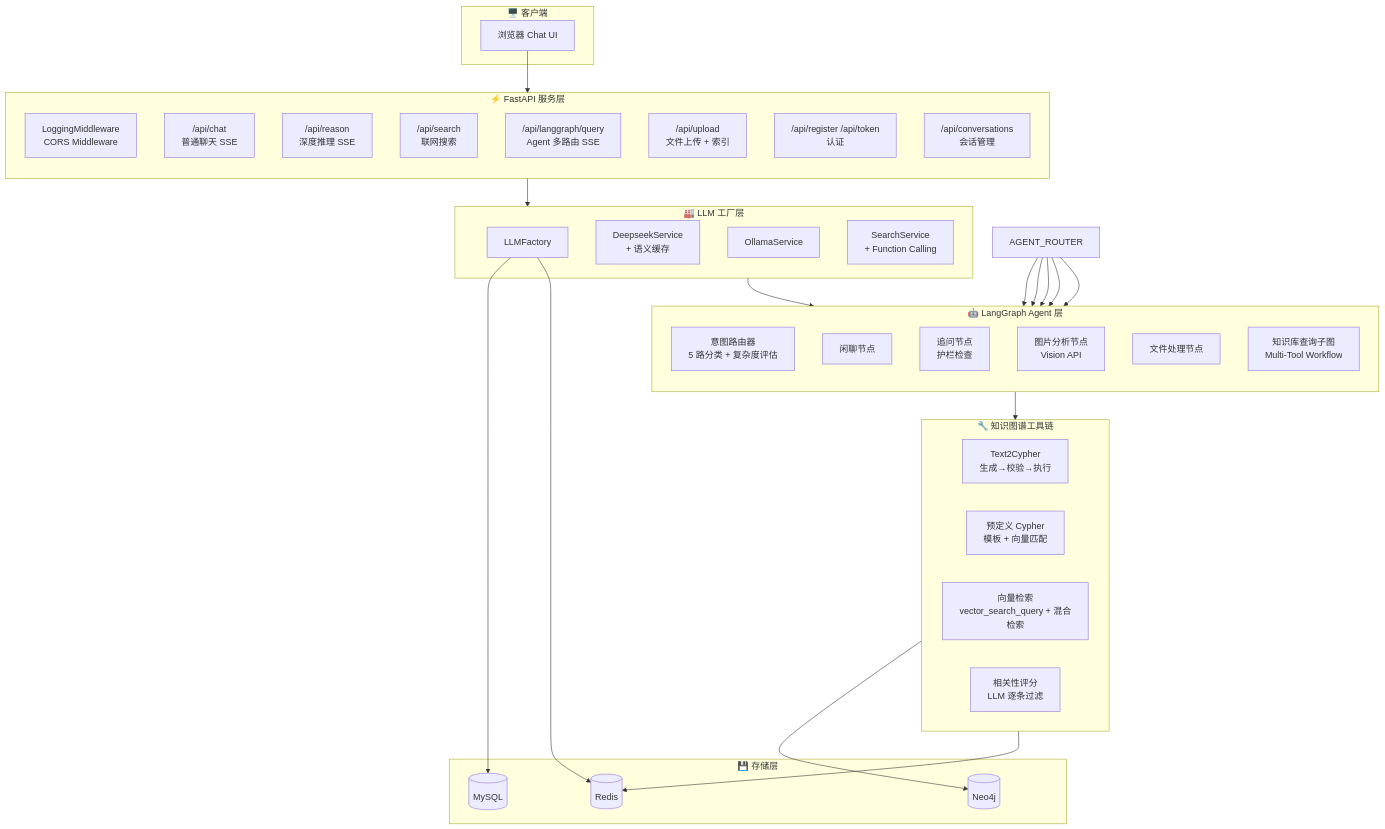
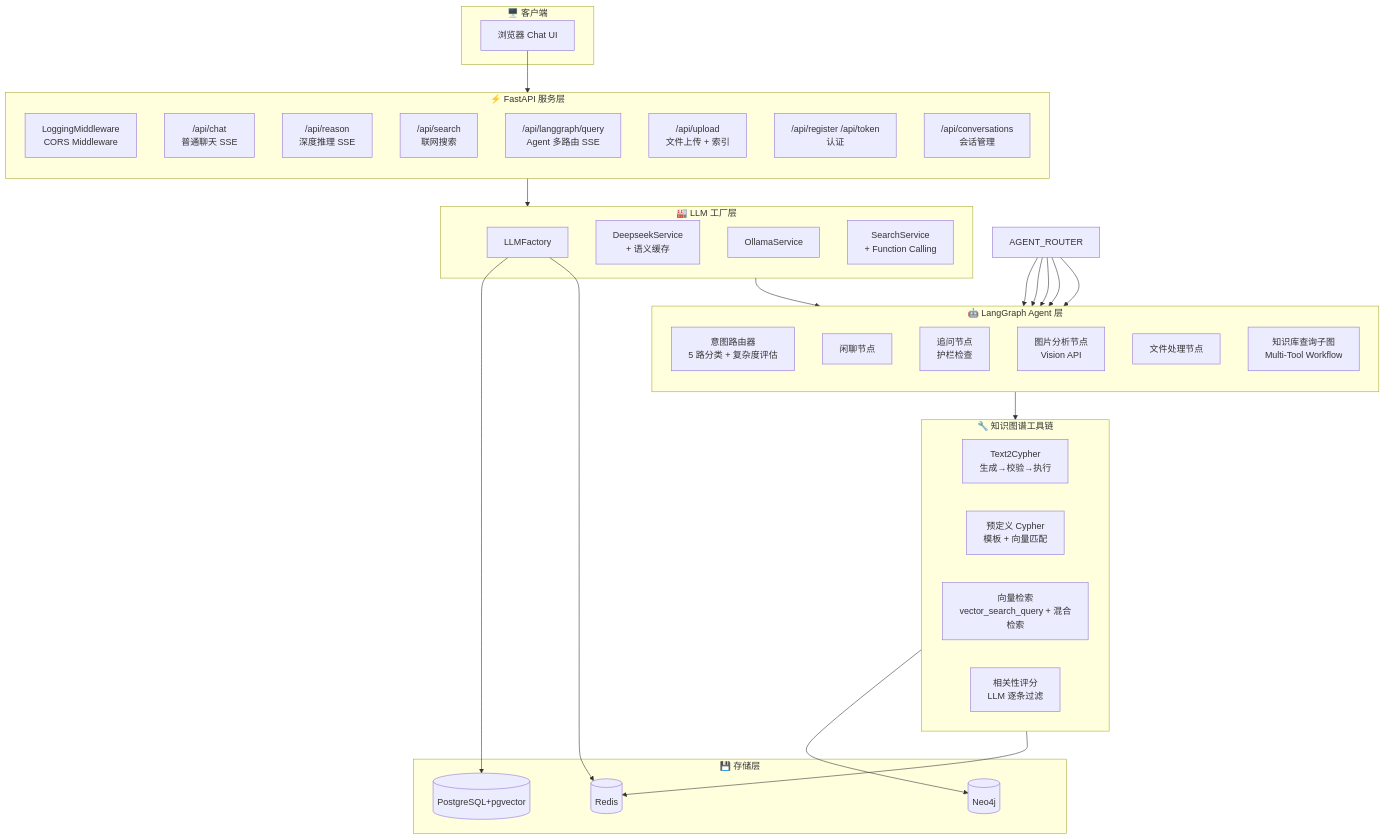
The second of 11 diagrams in docs/PROJECT_ANALYSIS.md (blowt16/SmartCS-Agent), drawn with Mermaid before and after one commit. The commit also changed other lines of this file and 97 other files, not shown here.

First line of the commit message:
[config] 技术选型迁移：MySQL→PostgreSQL + ChromaDB→pgvector，Docker 部署与 Redis 共存

````diff
--- a/docs/PROJECT_ANALYSIS.md
+++ b/docs/PROJECT_ANALYSIS.md
@@ -114,59 +114,59 @@
 ```mermaid
 flowchart TB
     subgraph Client["🖥️ 客户端"]
         Browser["浏览器 Chat UI"]
     end
 
     subgraph FastAPI["⚡ FastAPI 服务层"]
         direction TB
         MW["LoggingMiddleware<br/>CORS Middleware"]
         CHAT["/api/chat<br/>普通聊天 SSE"]
         REASON["/api/reason<br/>深度推理 SSE"]
         SEARCH["/api/search<br/>联网搜索"]
         LG["/api/langgraph/query<br/>Agent 多路由 SSE"]
         UPLOAD["/api/upload<br/>文件上传 + 索引"]
         AUTH["/api/register /api/token<br/>认证"]
         CONV["/api/conversations<br/>会话管理"]
     end
 
     subgraph Factory["🏭 LLM 工厂层"]
         LLMF["LLMFactory"]
         DS["DeepseekService<br/>+ 语义缓存"]
         OS["OllamaService"]
         SS["SearchService<br/>+ Function Calling"]
     end
 
     subgraph Agent["🤖 LangGraph Agent 层"]
         direction TB
         ROUTER["意图路由器<br/>5 路分类 + 复杂度评估"]
         GEN["闲聊节点"]
         ADD["追问节点<br/>护栏检查"]
         IMG["图片分析节点<br/>Vision API"]
         FILE["文件处理节点"]
         KG["知识库查询子图<br/>Multi-Tool Workflow"]
     end
 
     subgraph KGTools["🔧 知识图谱工具链"]
         direction LR
         T2C["Text2Cypher<br/>生成→校验→执行"]
         PC["预定义 Cypher<br/>模板 + 向量匹配"]
         GRAG["向量检索<br/>vector_search_query + 混合检索"]
         RG["相关性评分<br/>LLM 逐条过滤"]
     end
 
     subgraph Store["💾 存储层"]
-        MySQL[(MySQL)]
+        PostgreSQL[(PostgreSQL+pgvector)]
         Redis[(Redis)]
         Neo4j[(Neo4j)]
     end
 
     Browser --> FastAPI
     FastAPI --> Factory
     Factory --> Agent
     AGENT_ROUTER --> GEN & ADD & IMG & FILE & KG
     KG --> KGTools
     KGTools --> Neo4j
     KGTools --> Redis
-    LLMF --> MySQL
+    LLMF --> PostgreSQL
     LLMF --> Redis
 ```
````
